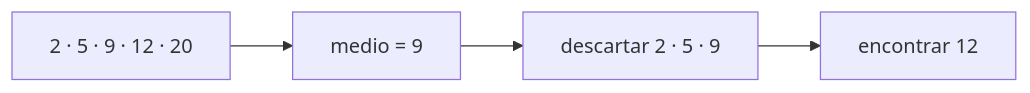
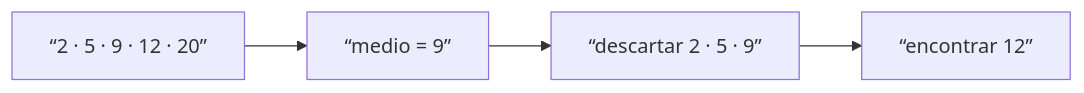
The third of 4 diagrams in web/public/content/foundations/modulo-2.md (NICORUIZ93/Academia_Floci), drawn with Mermaid before and after one commit. The commit also changed other lines of this file and 11 other files, not shown here.

First line of the commit message:
feat: Tier 2-3 COMPLETO — Foundations Master (35 Paso 8 + 6 diagramas + 3 Paso 6 fixes)

````diff
--- a/web/public/content/foundations/modulo-2.md
+++ b/web/public/content/foundations/modulo-2.md
@@ -259,5 +329,5 @@
 ```mermaid
 flowchart LR
-    ALL["2 · 5 · 9 · 12 · 20"] --> MID["medio = 9"]
-    MID --> RIGHT["descartar 2 · 5 · 9"] --> FOUND["encontrar 12"]
+    ALL[“2 · 5 · 9 · 12 · 20”] --> MID[“medio = 9”]
+    MID --> RIGHT[“descartar 2 · 5 · 9”] --> FOUND[“encontrar 12”]
 ```
````
